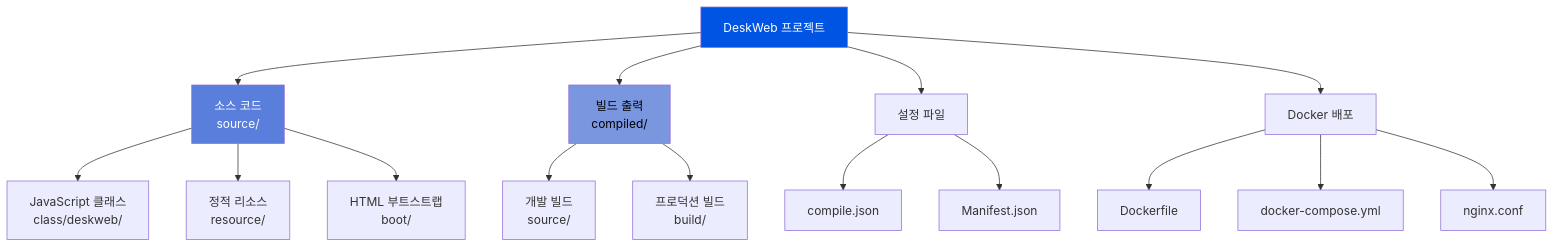
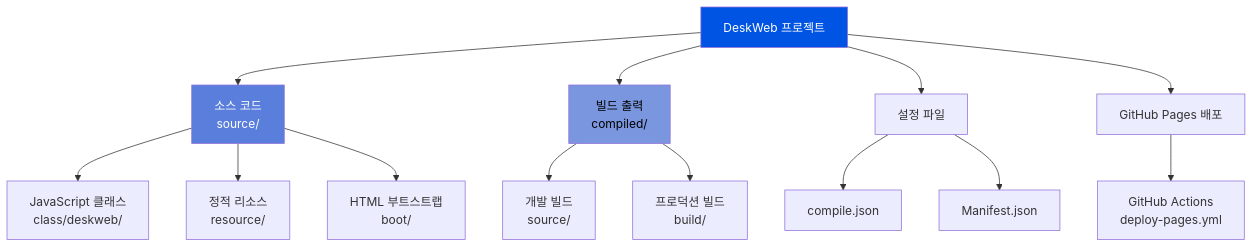
Before and after one commit to psmon/DeskWeb: the first of 11 diagrams in deskweb/ARCHITECTURE.md, drawn with Mermaid. The commit also changed other lines of this file and 13 other files, not shown here.

````diff
--- a/deskweb/ARCHITECTURE.md
+++ b/deskweb/ARCHITECTURE.md
@@ -54,25 +54,23 @@
 ```mermaid
 graph TB
     A[DeskWeb 프로젝트] --> B[소스 코드<br/>source/]
     A --> C[빌드 출력<br/>compiled/]
     A --> D[설정 파일]
-    A --> E[Docker 배포]
+    A --> E[GitHub Pages 배포]
 
     B --> B1[JavaScript 클래스<br/>class/deskweb/]
     B --> B2[정적 리소스<br/>resource/]
     B --> B3[HTML 부트스트랩<br/>boot/]
 
     C --> C1[개발 빌드<br/>source/]
     C --> C2[프로덕션 빌드<br/>build/]
 
     D --> D1[compile.json]
     D --> D2[Manifest.json]
 
-    E --> E1[Dockerfile]
-    E --> E2[docker-compose.yml]
-    E --> E3[nginx.conf]
+    E --> E1[GitHub Actions<br/>deploy-pages.yml]
 
     style A fill:#0054E3,color:#fff
     style B fill:#5A7EDB,color:#fff
     style C fill:#7A96DF,color:#000
 ```
````
